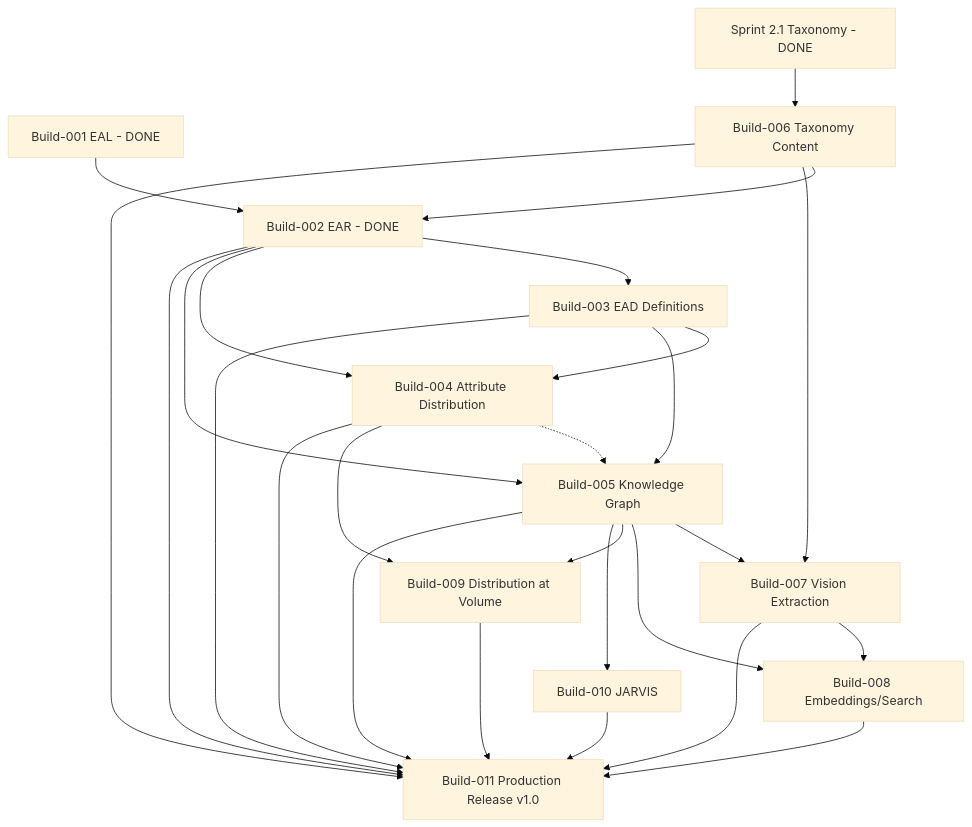
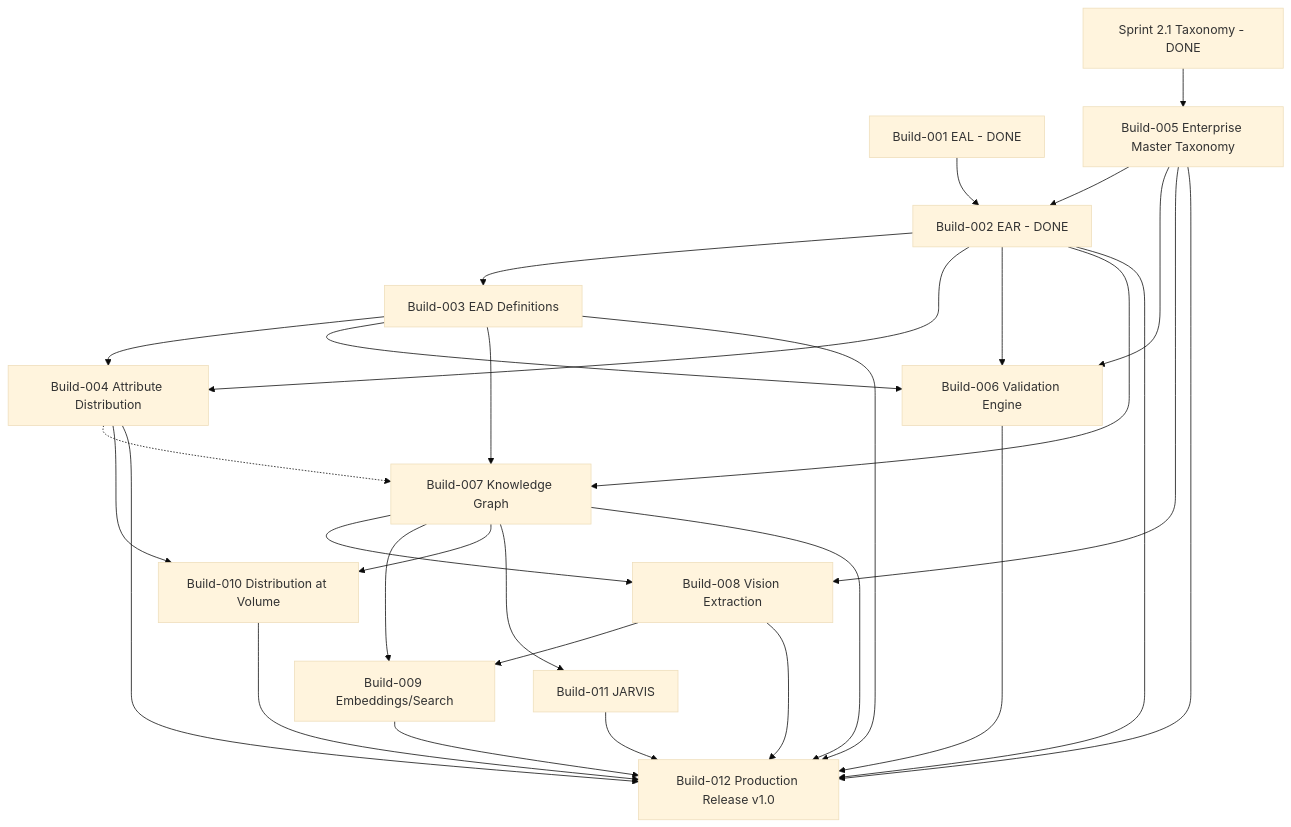
Before and after one commit to lexvoraconsulting-lab/The-Baking-Kaur: the second of 4 diagrams in docs/30_Enterprise_Program_Roadmap/Enterprise_Program_Roadmap_v1.md, drawn with Mermaid (base theme). The commit also changed other lines of this file and 3 other files, not shown here.

Commit message:
docs(roadmap): ADR-0007 resequence Build-005..007, insert Validation Engine

````diff
--- a/docs/30_Enterprise_Program_Roadmap/Enterprise_Program_Roadmap_v1.md
+++ b/docs/30_Enterprise_Program_Roadmap/Enterprise_Program_Roadmap_v1.md
@@ -464,28 +493,32 @@
 ```mermaid
 graph TD
     B001[Build-001 EAL - DONE] --> B002[Build-002 EAR - DONE]
     B002 --> B003[Build-003 EAD Definitions]
     B002 --> B004[Build-004 Attribute Distribution]
     B003 --> B004
-    B002 --> B005[Build-005 Knowledge Graph]
-    B003 --> B005
-    B004 -.-> B005
-    S21[Sprint 2.1 Taxonomy - DONE] --> B006[Build-006 Taxonomy Content]
-    B006 --> B002
-    B006 --> B007[Build-007 Vision Extraction]
-    B005 --> B007
-    B007 --> B008[Build-008 Embeddings/Search]
-    B005 --> B008
-    B004 --> B009[Build-009 Distribution at Volume]
-    B005 --> B009
-    B005 --> B010[Build-010 JARVIS]
-    B002 --> B011[Build-011 Production Release v1.0]
-    B003 --> B011
-    B004 --> B011
-    B005 --> B011
-    B006 --> B011
-    B007 --> B011
-    B008 --> B011
-    B009 --> B011
-    B010 --> B011
+    B002 --> B006[Build-006 Validation Engine]
+    B003 --> B006
+    B002 --> B007[Build-007 Knowledge Graph]
+    B003 --> B007
+    B004 -.-> B007
+    S21[Sprint 2.1 Taxonomy - DONE] --> B005[Build-005 Enterprise Master Taxonomy]
+    B005 --> B002
+    B005 --> B006
+    B005 --> B008[Build-008 Vision Extraction]
+    B007 --> B008
+    B008 --> B009[Build-009 Embeddings/Search]
+    B007 --> B009
+    B004 --> B010[Build-010 Distribution at Volume]
+    B007 --> B010
+    B007 --> B011[Build-011 JARVIS]
+    B002 --> B012[Build-012 Production Release v1.0]
+    B003 --> B012
+    B004 --> B012
+    B005 --> B012
+    B006 --> B012
+    B007 --> B012
+    B008 --> B012
+    B009 --> B012
+    B010 --> B012
+    B011 --> B012
 ```
````
